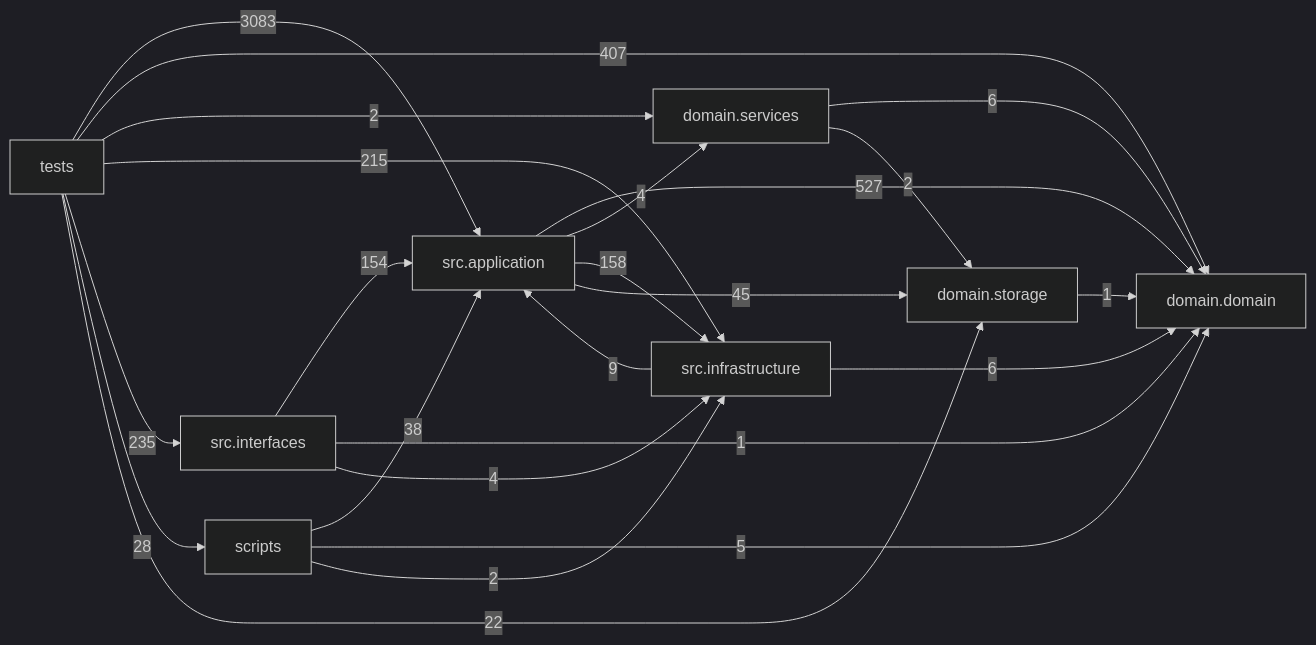
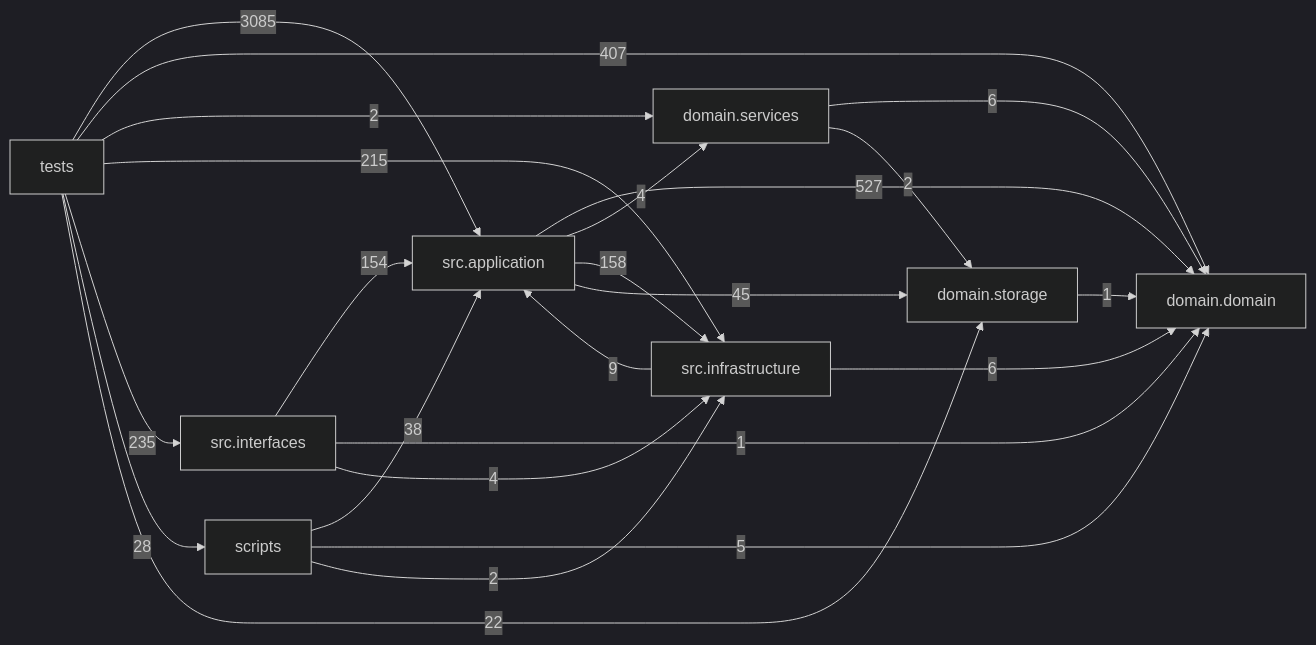
Before and after one commit to liuxie066/options-monitor: the diagram in docs/DEPENDENCY_GRAPH.md, drawn with Mermaid (dark theme). The commit also changed other lines of this file, not shown here.

Commit message:
chore(deps): refresh dependency graph

````diff
--- a/docs/DEPENDENCY_GRAPH.md
+++ b/docs/DEPENDENCY_GRAPH.md
@@ -24,33 +24,33 @@
 ```mermaid
 flowchart LR
   tests["tests"]
   scripts["scripts"]
   interfaces["src.interfaces"]
   application["src.application"]
   infrastructure["src.infrastructure"]
   domain_services["domain.services"]
   domain["domain.domain"]
   storage["domain.storage"]
   application -->|527| domain
   application -->|4| domain_services
   application -->|158| infrastructure
   application -->|45| storage
   domain_services -->|6| domain
   domain_services -->|2| storage
   infrastructure -->|9| application
   infrastructure -->|6| domain
   interfaces -->|154| application
   interfaces -->|1| domain
   interfaces -->|4| infrastructure
   scripts -->|38| application
   scripts -->|5| domain
   scripts -->|2| infrastructure
   storage -->|1| domain
-  tests -->|3083| application
+  tests -->|3085| application
   tests -->|407| domain
   tests -->|2| domain_services
   tests -->|215| infrastructure
   tests -->|235| interfaces
   tests -->|28| scripts
   tests -->|22| storage
 ```
````
